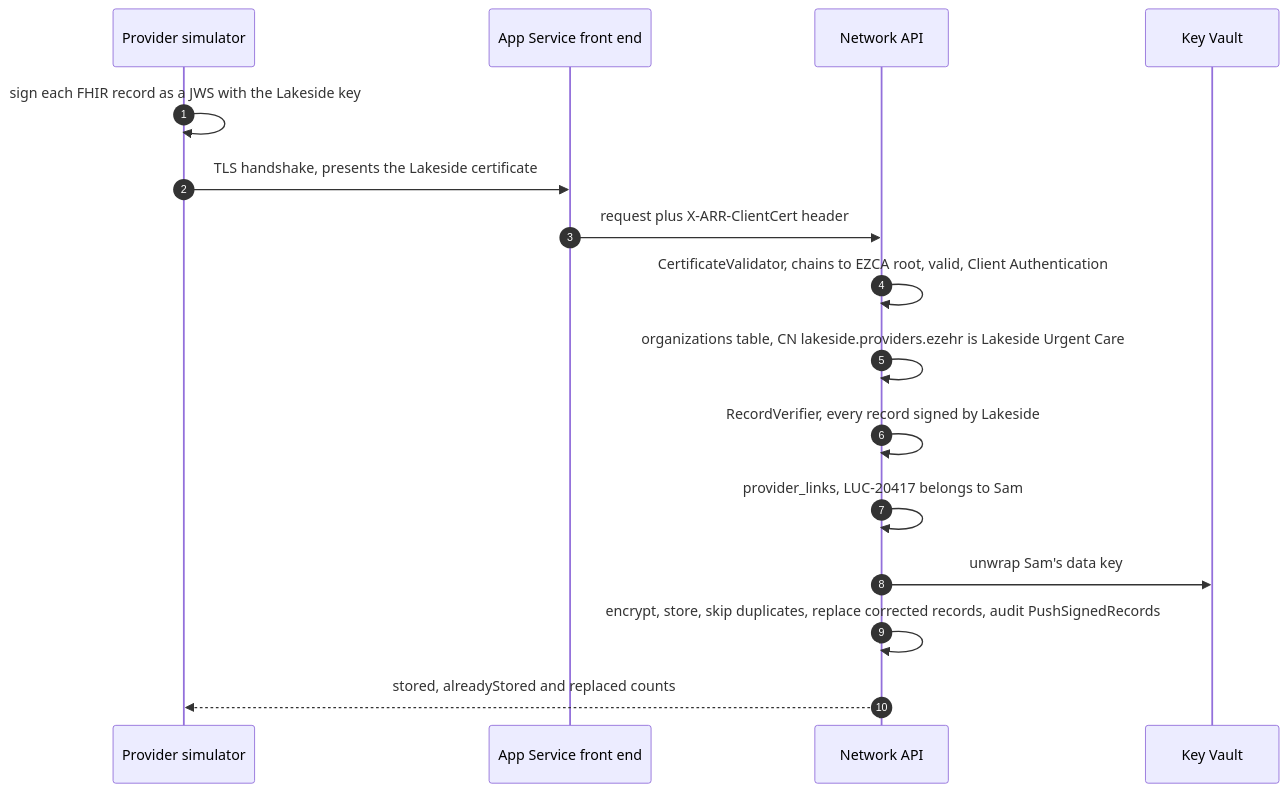
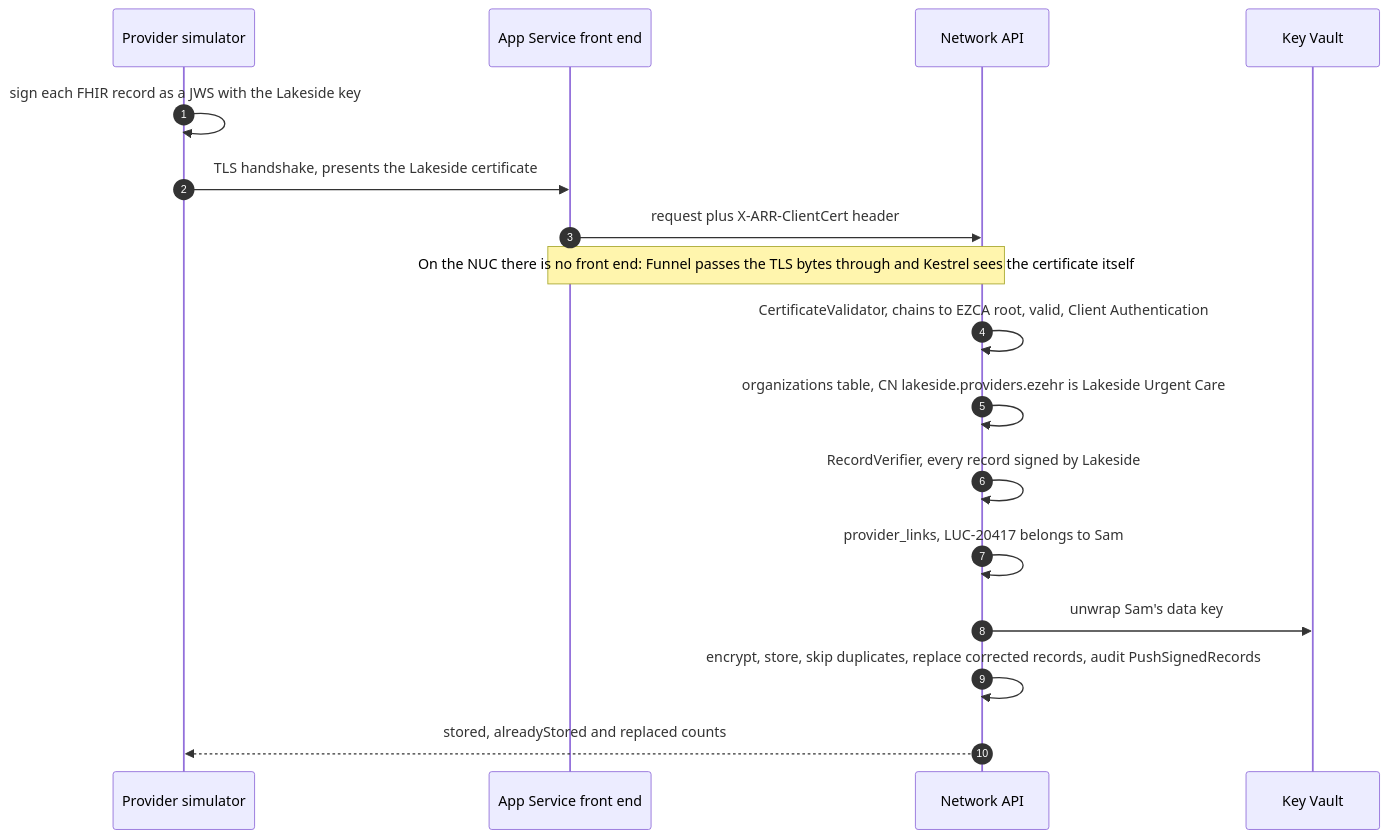
One commit to ParkerHitch/EZEHR changed the sixth of 13 diagrams in docs/auth-flows.md. Above: the diagram before and after it, drawn with Mermaid. The commit also changed other lines of this file and 1 other file, not shown here.

Commit message:
open nuc server to the internet

````diff
--- a/docs/auth-flows.md
+++ b/docs/auth-flows.md
@@ -249,18 +257,19 @@
 ```mermaid
 sequenceDiagram
   autonumber
   participant Tool as Provider simulator
   participant FE as App Service front end
   participant App as Network API
   participant KV as Key Vault
   Tool->>Tool: sign each FHIR record as a JWS with the Lakeside key
   Tool->>FE: TLS handshake, presents the Lakeside certificate
   FE->>App: request plus X-ARR-ClientCert header
+  Note over FE,App: On the NUC there is no front end: Funnel passes the TLS bytes through and Kestrel sees the certificate itself
   App->>App: CertificateValidator, chains to EZCA root, valid, Client Authentication
   App->>App: organizations table, CN lakeside.providers.ezehr is Lakeside Urgent Care
   App->>App: RecordVerifier, every record signed by Lakeside
   App->>App: provider_links, LUC-20417 belongs to Sam
   App->>KV: unwrap Sam's data key
   App->>App: encrypt, store, skip duplicates, replace corrected records, audit PushSignedRecords
   App-->>Tool: stored, alreadyStored and replaced counts
 ```
````
